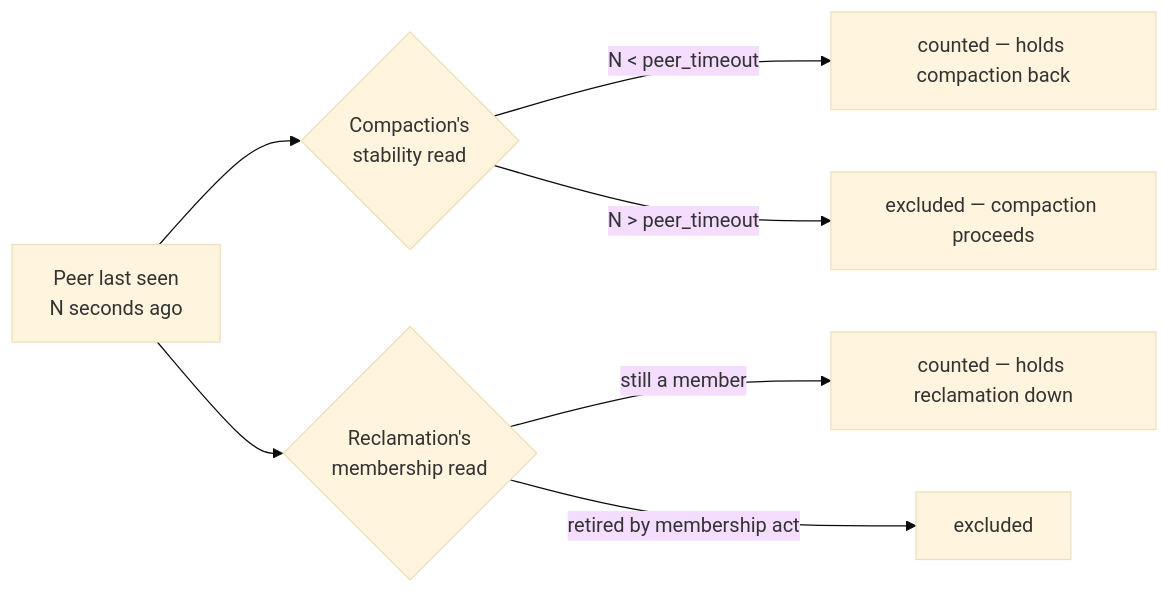
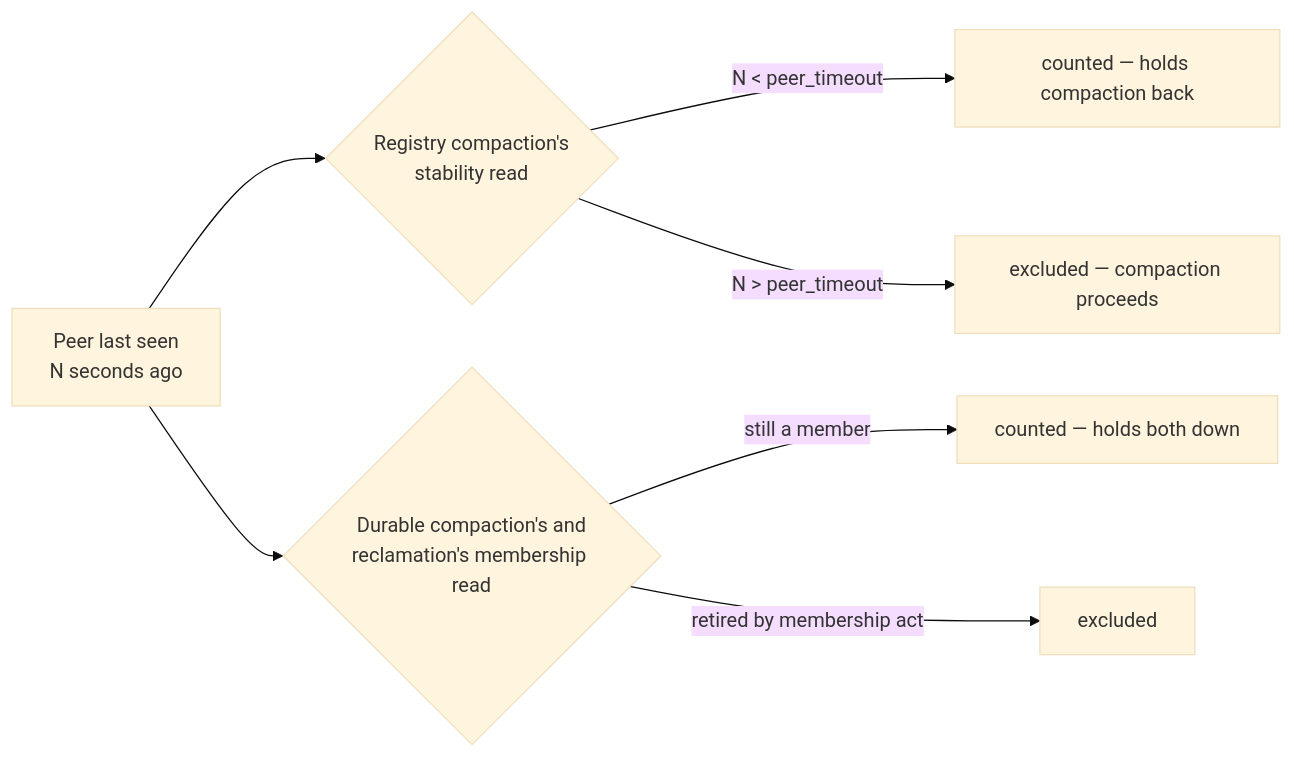
The second of 2 diagrams in doc/guides/architecture/db_view_lifecycle.md (bondy-io/bondy), drawn with Mermaid (base theme) before and after one commit. The commit also changed other lines of this file and 52 other files, not shown here.

Commit message:
Compaction on durable databases now waits for every cluster member, the in-memory registry keeps the timeout rule

````diff
--- a/doc/guides/architecture/db_view_lifecycle.md
+++ b/doc/guides/architecture/db_view_lifecycle.md
@@ -84,9 +84,9 @@
 ```mermaid
 flowchart LR
-  P["Peer last seen<br/>N seconds ago"] --> C{"Compaction's<br/>stability read"}
-  P --> R{"Reclamation's<br/>membership read"}
+  P["Peer last seen<br/>N seconds ago"] --> C{"Registry compaction's<br/>stability read"}
+  P --> R{"Durable compaction's and<br/>reclamation's membership read"}
   C -->|"N &lt; peer_timeout"| CI["counted — holds compaction back"]
   C -->|"N &gt; peer_timeout"| CX["excluded — compaction proceeds"]
-  R -->|"still a member"| RI["counted — holds reclamation down"]
+  R -->|"still a member"| RI["counted — holds both down"]
   R -->|"retired by membership act"| RX["excluded"]
 ```
````
